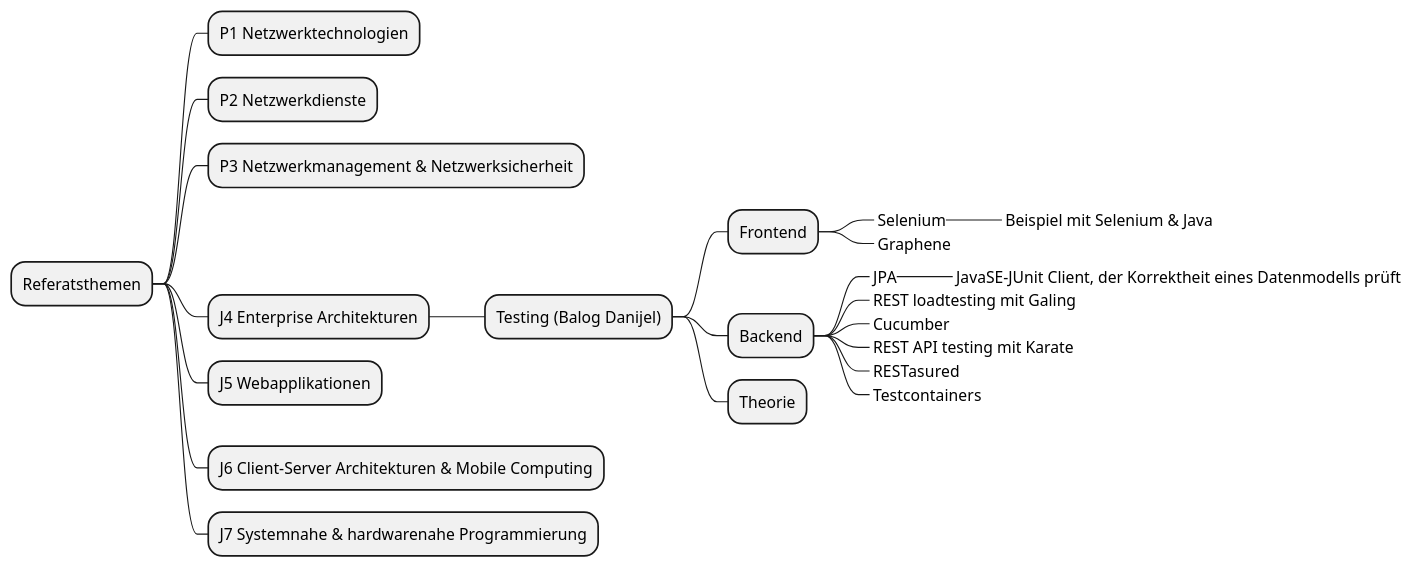
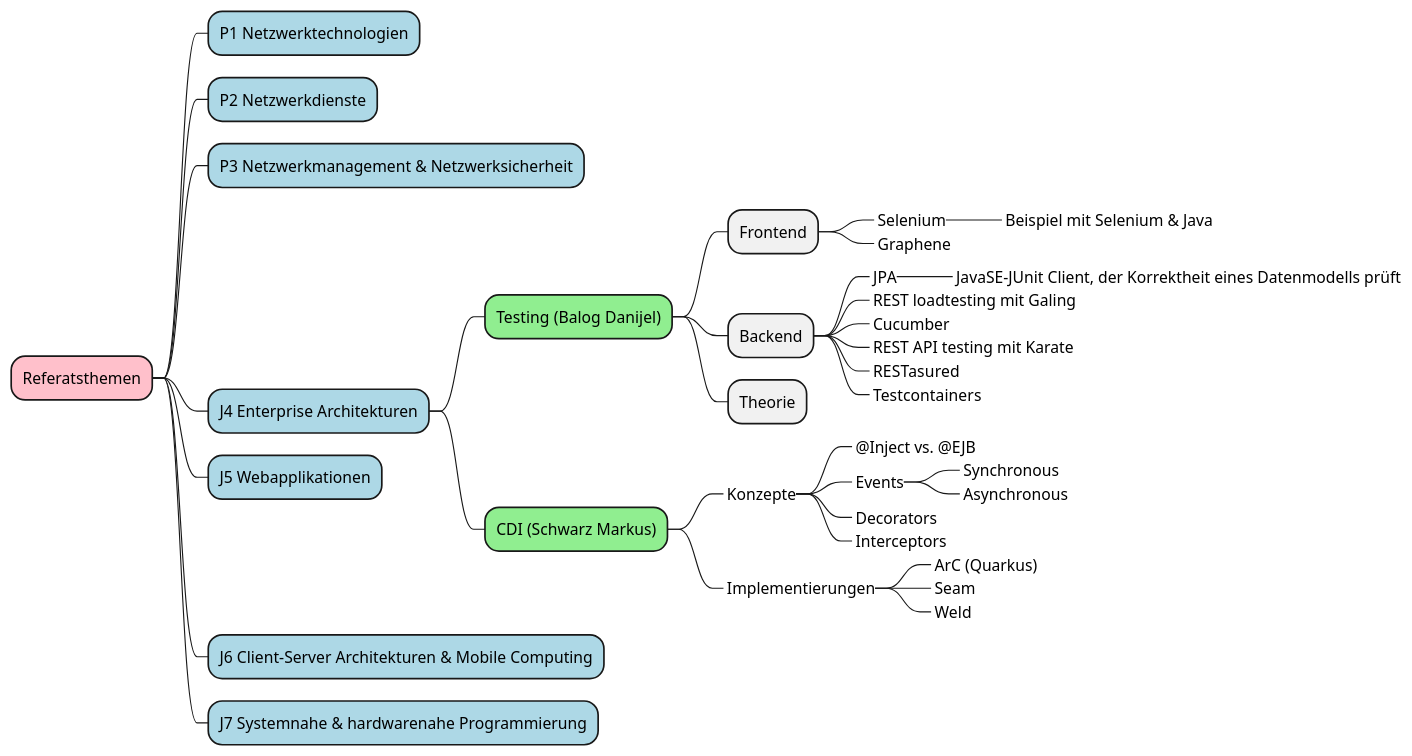
Before and after one commit to Zeno-Paukner/htl: the diagram in iuml/5CHIF-Maturathemen2023.iuml, drawn with PlantUML. The commit also changed 1 other file, not shown here.

```diff
--- a/iuml/5CHIF-Maturathemen2023.iuml
+++ b/iuml/5CHIF-Maturathemen2023.iuml
@@ -1,26 +1,38 @@
 @startmindmap
 
-* Referatsthemen
-	* P1 Netzwerktechnologien
-	* P2 Netzwerkdienste
-	* P3 Netzwerkmanagement & Netzwerksicherheit
-	* J4 Enterprise Architekturen
-		* Testing (Balog Danijel)
+*[#Pink] Referatsthemen
+	*[#LightBlue] P1 Netzwerktechnologien
+	*[#LightBlue] P2 Netzwerkdienste
+	*[#LightBlue] P3 Netzwerkmanagement & Netzwerksicherheit
+	*[#LightBlue] J4 Enterprise Architekturen
+		*[#LightGreen] Testing (Balog Danijel)
 			* Frontend
 				*_ Selenium
 					*_ Beispiel mit Selenium & Java
 				*_ Graphene
 			* Backend
 				*_ JPA
 					*_ JavaSE-JUnit Client, der Korrektheit eines Datenmodells prüft
 				*_ REST loadtesting mit Galing
 				*_ Cucumber
 				*_ REST API testing mit Karate
 				*_ RESTasured
 				*_ Testcontainers
 			* Theorie
-	* J5 Webapplikationen
-	* J6 Client-Server Architekturen & Mobile Computing
-	* J7 Systemnahe & hardwarenahe Programmierung
+		*[#LightGreen] CDI (Schwarz Markus)
+			*_ Konzepte
+				*_ @Inject vs. @EJB
+				*_ Events
+					*_ Synchronous
+					*_ Asynchronous
+				*_ Decorators
+				*_ Interceptors
+			*_ Implementierungen
+				*_ ArC (Quarkus)
+				*_ Seam
+				*_ Weld
+	*[#LightBlue] J5 Webapplikationen
+	*[#LightBlue] J6 Client-Server Architekturen & Mobile Computing
+	*[#LightBlue] J7 Systemnahe & hardwarenahe Programmierung
 
 @endmindmap
```
